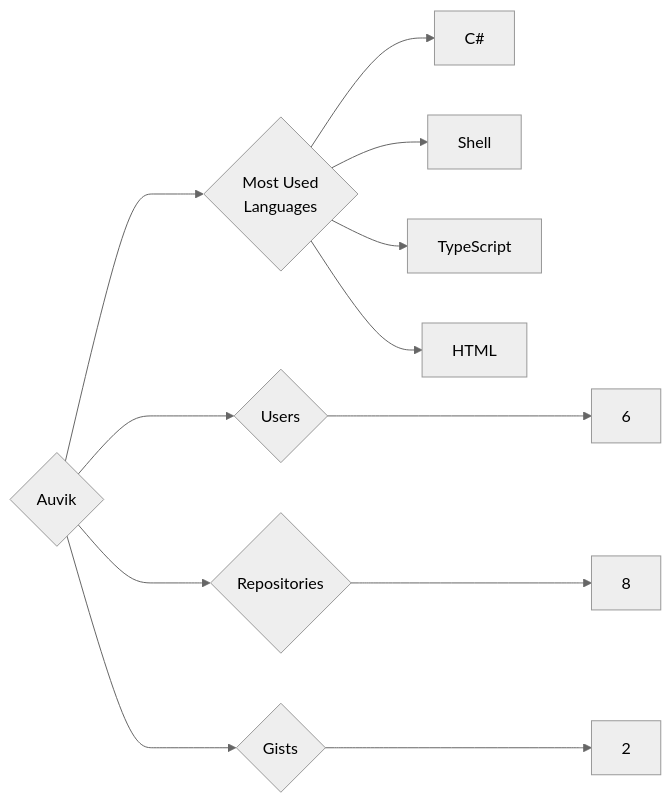
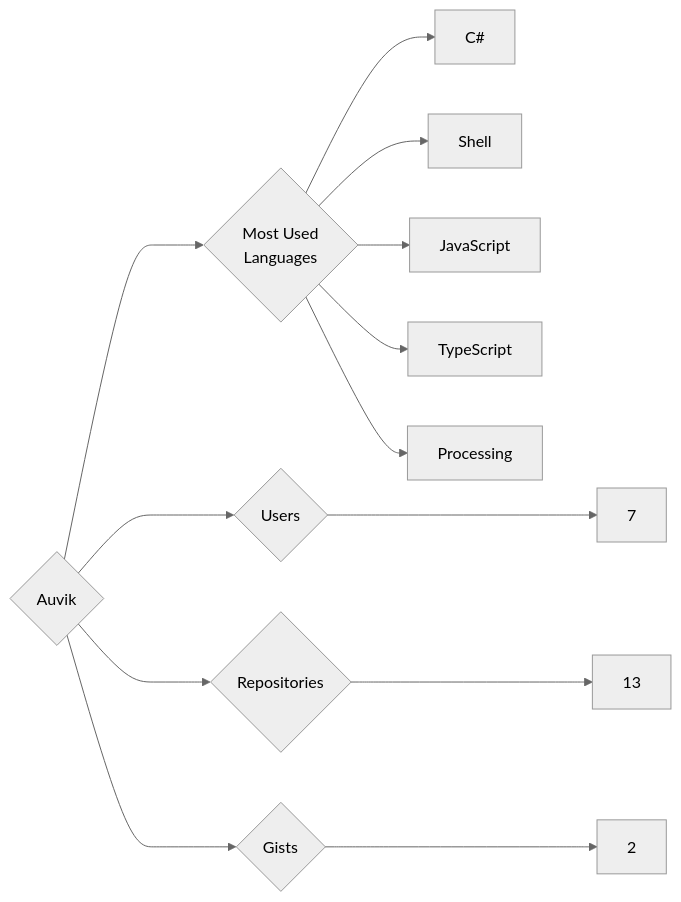
The diagram in targets/Auvik/README.md (trickest/insiders), drawn with Mermaid (neutral theme) before and after one commit. The commit also changed 1123 other files, not shown here.

````diff
--- a/targets/Auvik/README.md
+++ b/targets/Auvik/README.md
@@ -3,12 +3,13 @@
 ```mermaid
 graph LR
 COMPANY_NAME{Auvik}
-COMPANY_NAME ---> U{Users} ---> UN[6]
-COMPANY_NAME ---> R{Repositories} ---> RN[8]
+COMPANY_NAME ---> U{Users} ---> UN[7]
+COMPANY_NAME ---> R{Repositories} ---> RN[13]
 COMPANY_NAME ---> G{Gists} ---> GN[2]
 COMPANY_NAME ---> ML{Most Used<br>Languages}
 ML --> C#[C#]
 ML --> Shell[Shell]
+ML --> JavaScript[JavaScript]
 ML --> TypeScript[TypeScript]
-ML --> HTML[HTML]
+ML --> Processing[Processing]
 ```
````
